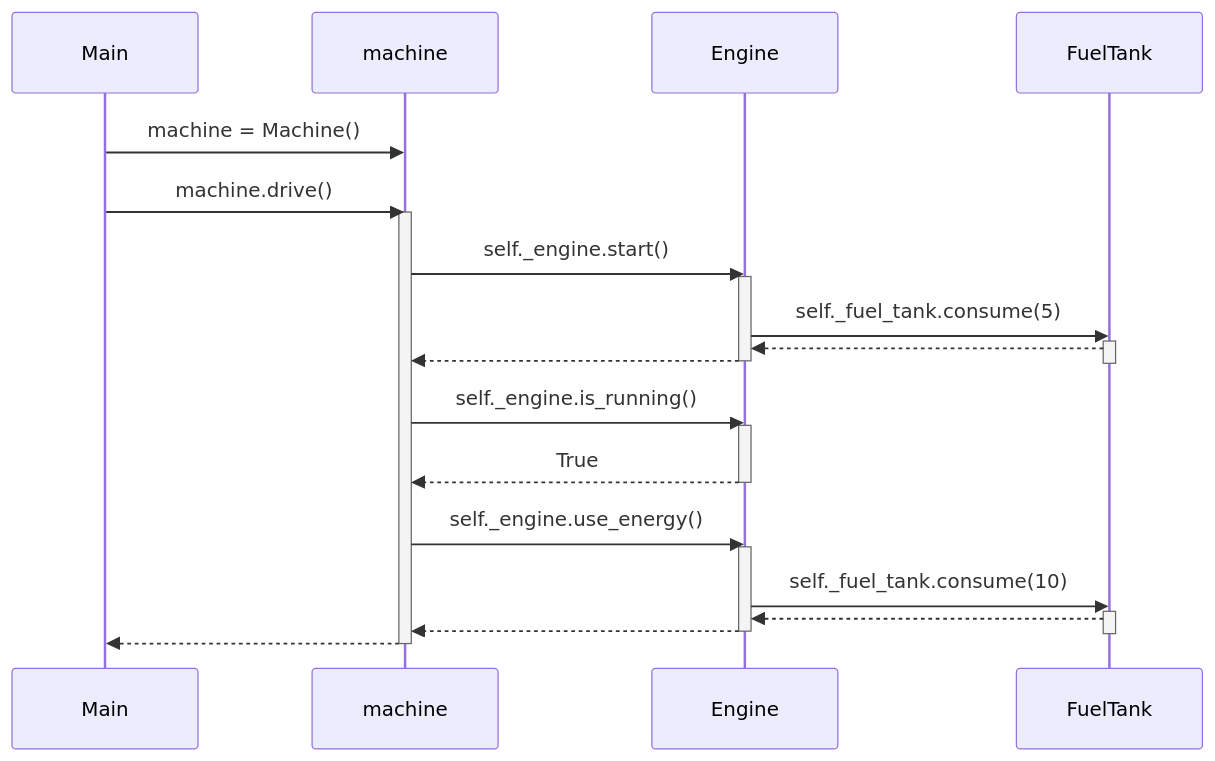
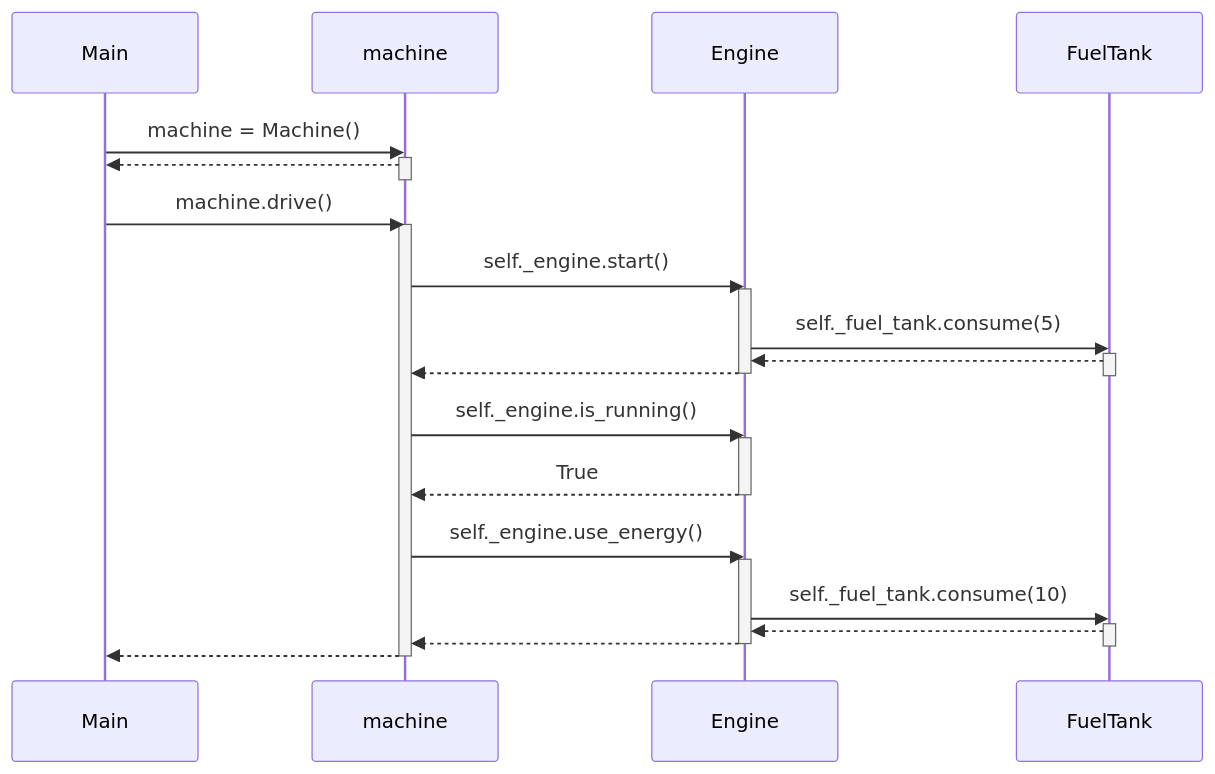
Before and after one commit to danttu/ot-harjoitustyo: the diagram in laskarit/viikko3/sekvenssikaavio.md, drawn with Mermaid. The commit also changed 1 other file, not shown here.

Commit message:
Muokattu sekvenssikaavio.md ja lisätty sekvenssikaavio_kaksi.md

````diff
--- a/laskarit/viikko3/sekvenssikaavio.md
+++ b/laskarit/viikko3/sekvenssikaavio.md
@@ -3,28 +3,31 @@
 ```mermaid
 sequenceDiagram
     Main->>machine: machine = Machine()
+    activate machine
+    machine-->>Main: 
+    deactivate machine
     Main->>machine: machine.drive()
     activate machine
     machine->>Engine: self._engine.start()
     activate Engine
     Engine->>FuelTank: self._fuel_tank.consume(5)
     activate FuelTank
     FuelTank-->>Engine:  
     deactivate FuelTank
     Engine-->>machine:  
     deactivate Engine
     machine->>Engine: self._engine.is_running()
     activate Engine
     Engine-->>machine: True
     deactivate Engine
     machine->>Engine: self._engine.use_energy()
     activate Engine
     Engine->>FuelTank: self._fuel_tank.consume(10)
     activate FuelTank
     FuelTank-->>Engine: 
     deactivate FuelTank
     Engine-->>machine: 
     deactivate Engine
     machine-->>Main: 
     deactivate machine
 ```
````
